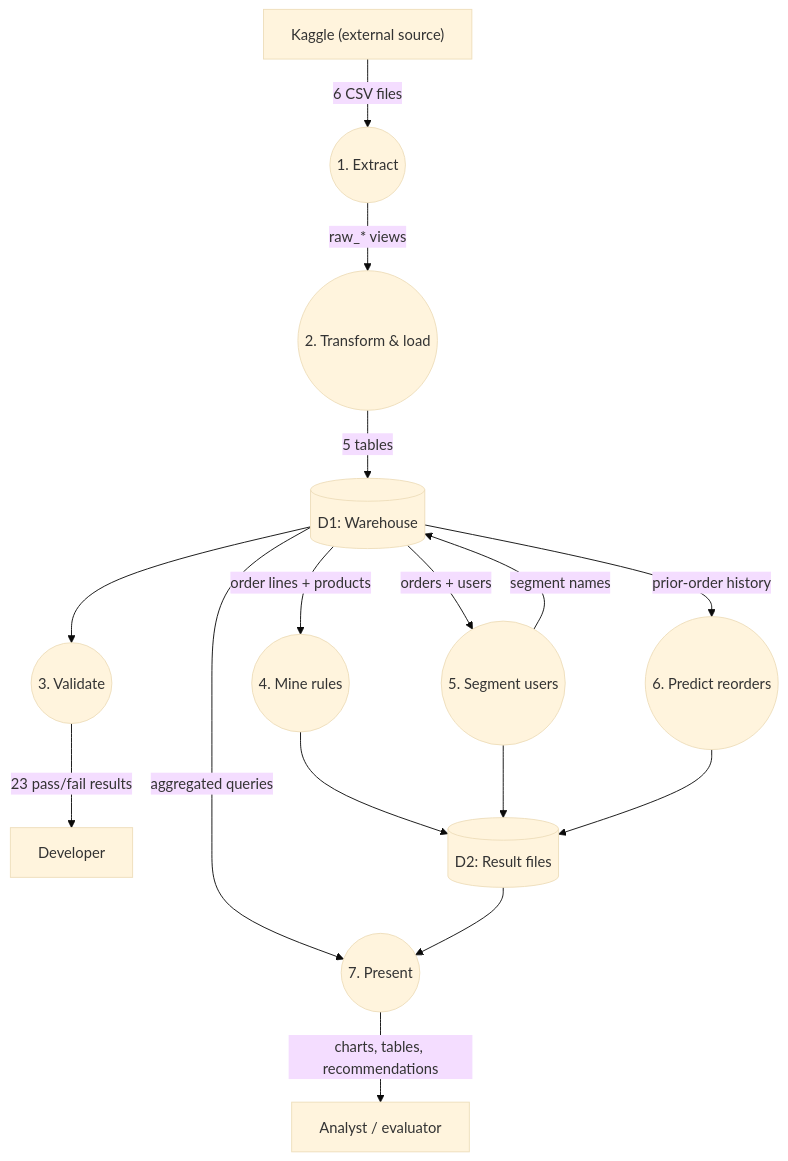
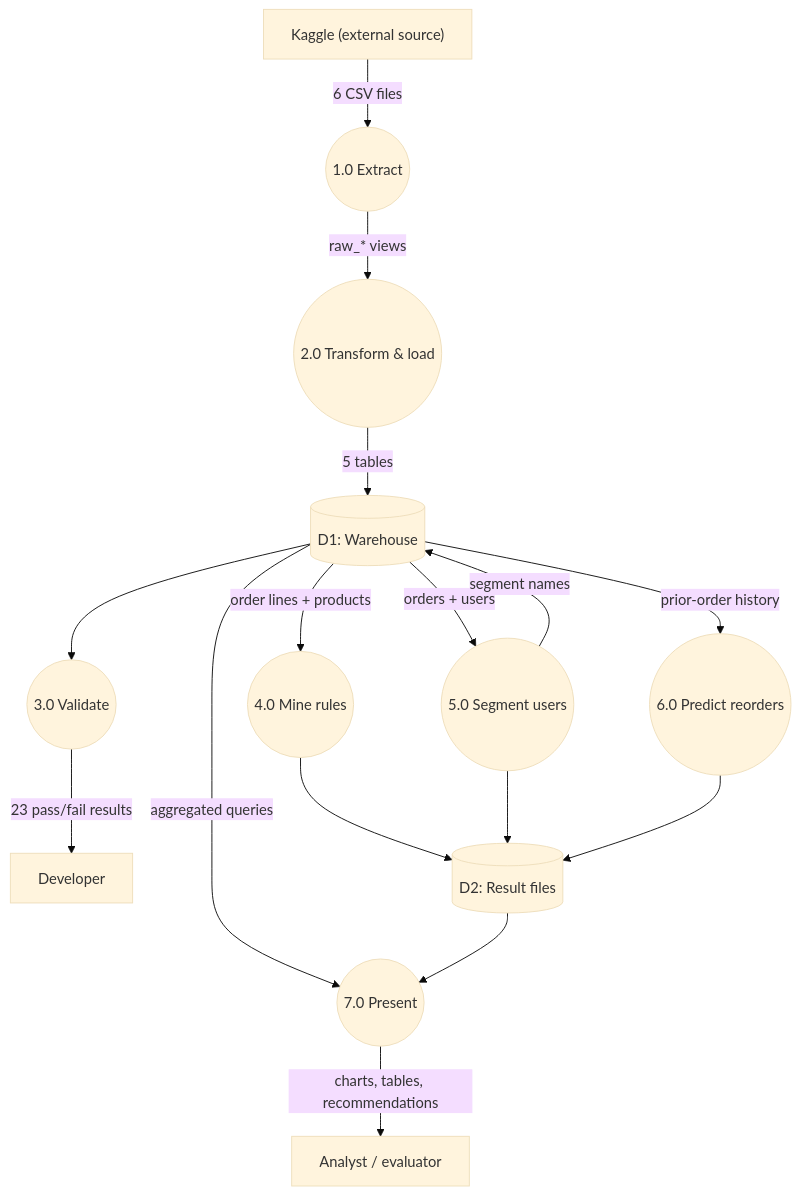
Before and after one commit to maxlovesher/StoreSense: the third of 7 diagrams in reports/StoreSense_DMDW_Project_Report.md, drawn with Mermaid (base theme). The commit also changed other lines of this file and 28 other files, not shown here.

````diff
--- a/reports/StoreSense_DMDW_Project_Report.md
+++ b/reports/StoreSense_DMDW_Project_Report.md
@@ -661,18 +590,18 @@
 ```mermaid
 flowchart TB
-    K["Kaggle (external source)"] -- "6 CSV files" --> P1(("1. Extract"))
-    P1 -- "raw_* views" --> P2(("2. Transform & load"))
+    K["Kaggle (external source)"] -- "6 CSV files" --> P1(("1.0 Extract"))
+    P1 -- "raw_* views" --> P2(("2.0 Transform & load"))
     P2 -- "5 tables" --> DS1[("D1: Warehouse")]
-    DS1 --> P3(("3. Validate"))
+    DS1 --> P3(("3.0 Validate"))
     P3 -- "23 pass/fail results" --> Dev["Developer"]
-    DS1 -- "order lines + products" --> P4(("4. Mine rules"))
-    DS1 -- "orders + users" --> P5(("5. Segment users"))
+    DS1 -- "order lines + products" --> P4(("4.0 Mine rules"))
+    DS1 -- "orders + users" --> P5(("5.0 Segment users"))
     P5 -- "segment names" --> DS1
-    DS1 -- "prior-order history" --> P6(("6. Predict reorders"))
+    DS1 -- "prior-order history" --> P6(("6.0 Predict reorders"))
     P4 --> DS2[("D2: Result files")]
     P5 --> DS2
     P6 --> DS2
-    DS1 -- "aggregated queries" --> P7(("7. Present"))
+    DS1 -- "aggregated queries" --> P7(("7.0 Present"))
     DS2 --> P7
     P7 -- "charts, tables, recommendations" --> User["Analyst / evaluator"]
 ```
````
